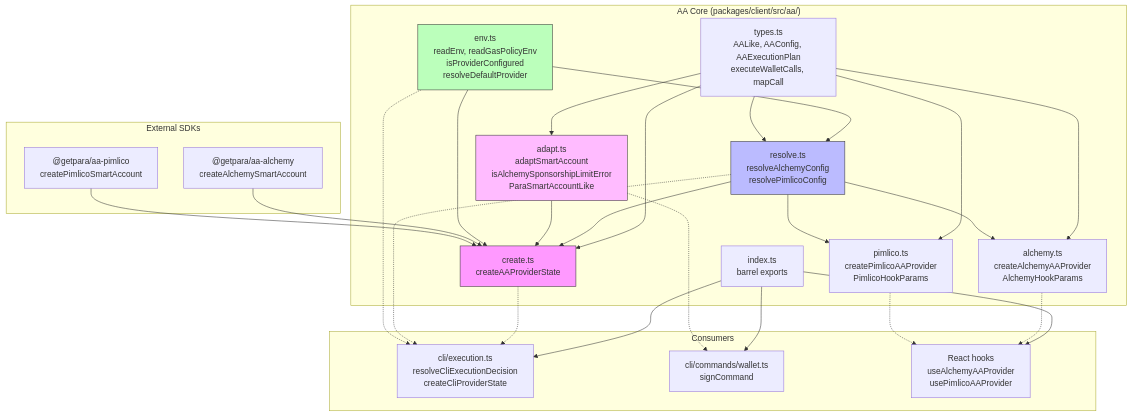
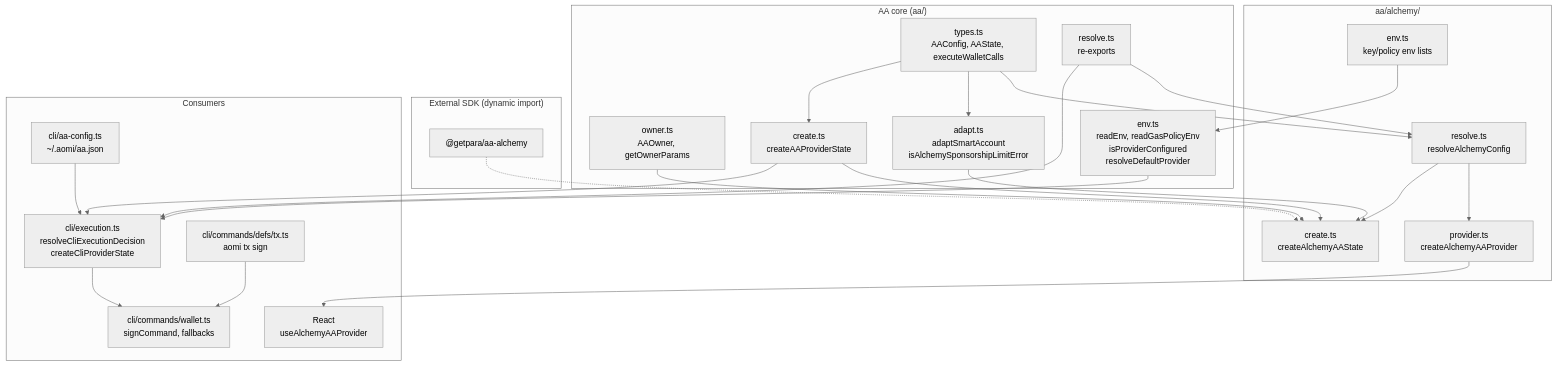
The first of 7 diagrams in specs/AA-ARCH.md (aomi-labs/aomi-widget), drawn with Mermaid before and after one commit. The commit also changed other lines of this file and 11 other files, not shown here.

````diff
--- a/specs/AA-ARCH.md
+++ b/specs/AA-ARCH.md
@@ -9,54 +11,52 @@
 ```mermaid
+%%{init: {'theme': 'neutral'}}%%
 graph TB
-    subgraph "AA Core (packages/client/src/aa/)"
-        TYPES[types.ts<br/>AALike, AAConfig, AAExecutionPlan<br/>executeWalletCalls, mapCall]
-        ENV[env.ts<br/>readEnv, readGasPolicyEnv<br/>isProviderConfigured<br/>resolveDefaultProvider]
-        ADAPT[adapt.ts<br/>adaptSmartAccount<br/>isAlchemySponsorshipLimitError<br/>ParaSmartAccountLike]
-        RESOLVE[resolve.ts<br/>resolveAlchemyConfig<br/>resolvePimlicoConfig]
-        CREATE[create.ts<br/>createAAProviderState]
-        ALCHEMY[alchemy.ts<br/>createAlchemyAAProvider<br/>AlchemyHookParams]
-        PIMLICO[pimlico.ts<br/>createPimlicoAAProvider<br/>PimlicoHookParams]
-        INDEX[index.ts<br/>barrel exports]
+    subgraph "AA core (aa/)"
+        TYPES[types.ts<br/>AAConfig, AAState, executeWalletCalls]
+        OWNER[owner.ts<br/>AAOwner, getOwnerParams]
+        ENV_AGG[env.ts<br/>readEnv, readGasPolicyEnv<br/>isProviderConfigured<br/>resolveDefaultProvider]
+        ADAPT[adapt.ts<br/>adaptSmartAccount<br/>isAlchemySponsorshipLimitError]
+        RESOLVE_BARREL[resolve.ts<br/>re-exports]
+        CREATE_FACADE[create.ts<br/>createAAProviderState]
     end
 
-    subgraph "External SDKs"
-        AA_ALCH["@getpara/aa-alchemy<br/>createAlchemySmartAccount"]
-        AA_PIM["@getpara/aa-pimlico<br/>createPimlicoSmartAccount"]
+    subgraph "aa/alchemy/"
+        ALCH_ENV[env.ts<br/>key/policy env lists]
+        ALCH_RES[resolve.ts<br/>resolveAlchemyConfig]
+        ALCH_PROV[provider.ts<br/>createAlchemyAAProvider]
+        ALCH_CREATE[create.ts<br/>createAlchemyAAState]
+    end
+
+    subgraph "External SDK (dynamic import)"
+        AA_ALCH["@getpara/aa-alchemy"]
     end
 
     subgraph "Consumers"
-        CLI[cli/execution.ts<br/>resolveCliExecutionDecision<br/>createCliProviderState]
-        WALLET[cli/commands/wallet.ts<br/>signCommand]
-        REACT[React hooks<br/>useAlchemyAAProvider<br/>usePimlicoAAProvider]
+        EXEC[cli/execution.ts<br/>resolveCliExecutionDecision<br/>createCliProviderState]
+        AA_CFG[cli/aa-config.ts<br/>~/.aomi/aa.json]
+        WALLET[cli/commands/wallet.ts<br/>signCommand, fallbacks]
+        TX_DEF[cli/commands/defs/tx.ts<br/>aomi tx sign]
+        REACT[React<br/>useAlchemyAAProvider]
     end
 
-    ENV --> RESOLVE
-    TYPES --> RESOLVE
+    ALCH_ENV --> ENV_AGG
+    RESOLVE_BARREL --> ALCH_RES
+    TYPES --> ALCH_RES
     TYPES --> ADAPT
-    TYPES --> ALCHEMY
-    TYPES --> PIMLICO
-    TYPES --> CREATE
-    RESOLVE --> ALCHEMY
-    RESOLVE --> PIMLICO
-    RESOLVE --> CREATE
-    ADAPT --> CREATE
-    ENV --> CREATE
-    AA_ALCH --> CREATE
-    AA_PIM --> CREATE
+    TYPES --> CREATE_FACADE
+    OWNER --> ALCH_CREATE
+    ADAPT --> ALCH_CREATE
+    ALCH_RES --> ALCH_PROV
+    ALCH_RES --> ALCH_CREATE
+    CREATE_FACADE --> ALCH_CREATE
 
-    INDEX --> CLI
-    INDEX --> WALLET
-    INDEX --> REACT
+    AA_ALCH -.-> ALCH_CREATE
 
-    ALCHEMY -.-> REACT
-    PIMLICO -.-> REACT
-    CREATE -.-> CLI
-    RESOLVE -.-> CLI
-    ENV -.-> CLI
-    ADAPT -.-> WALLET
-
-    style CREATE fill:#f9f,stroke:#333
-    style RESOLVE fill:#bbf,stroke:#333
-    style ENV fill:#bfb,stroke:#333
-    style ADAPT fill:#fbf,stroke:#333
+    ENV_AGG --> EXEC
+    RESOLVE_BARREL --> EXEC
+    CREATE_FACADE --> EXEC
+    AA_CFG --> EXEC
+    EXEC --> WALLET
+    TX_DEF --> WALLET
+    ALCH_PROV --> REACT
 ```
````
